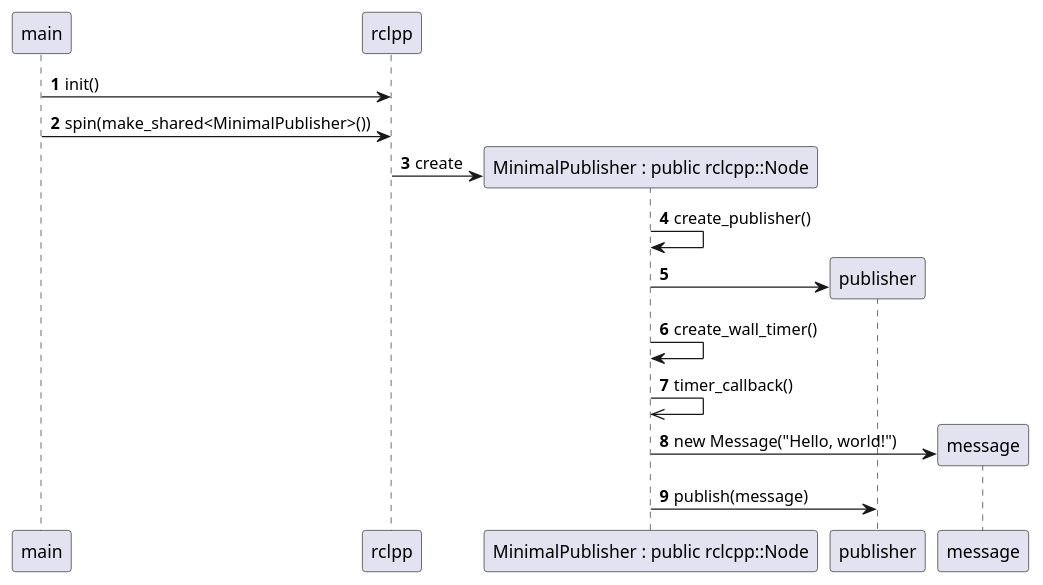
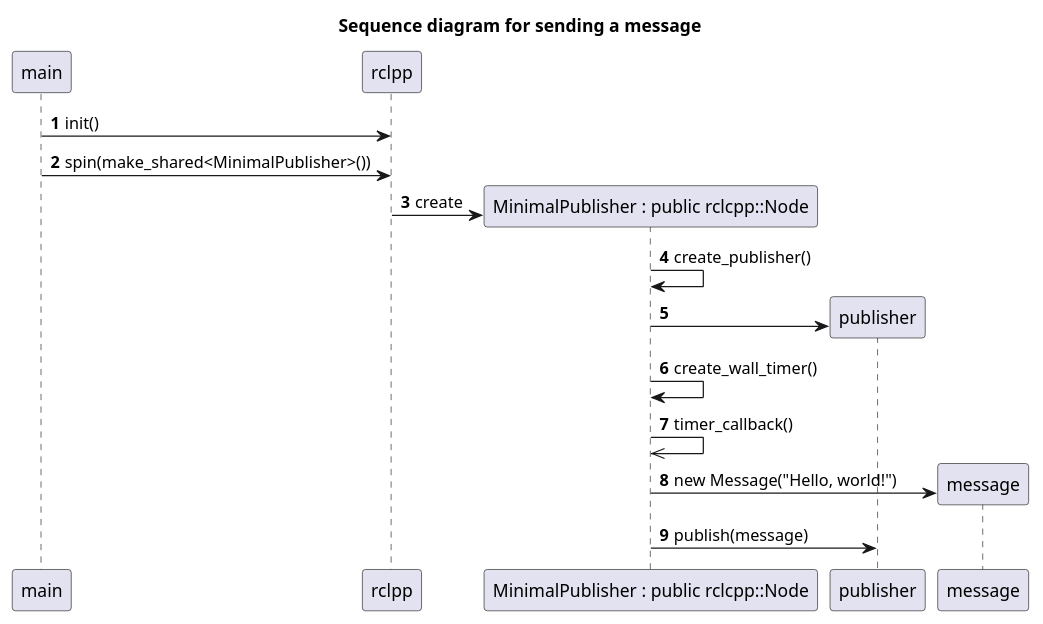
Before and after one commit to hkutluca/yazilimmimarileri: the diagram in ROS2/Ros2Sender.puml, drawn with PlantUML. The commit also changed 9 other files, not shown here.

```diff
--- a/ROS2/Ros2Sender.puml
+++ b/ROS2/Ros2Sender.puml
@@ -1,20 +1,21 @@
 @startuml
+title Sequence diagram for sending a message
 participant main  as main
 participant "rclpp" as rcpp_p
 participant "MinimalPublisher : public rclcpp::Node" as node
 participant publisher
 autonumber 
 main->rcpp_p: init()
 main->rcpp_p :spin(make_shared<MinimalPublisher>())
 create node
 rcpp_p->node :create
 node->node: create_publisher()
 create publisher
 node->publisher:
 node->node: create_wall_timer()
 node->>node: timer_callback()
 create message
 node->message : new Message("Hello, world!") 
 node->publisher:publish(message)
 
 @enduml
```
